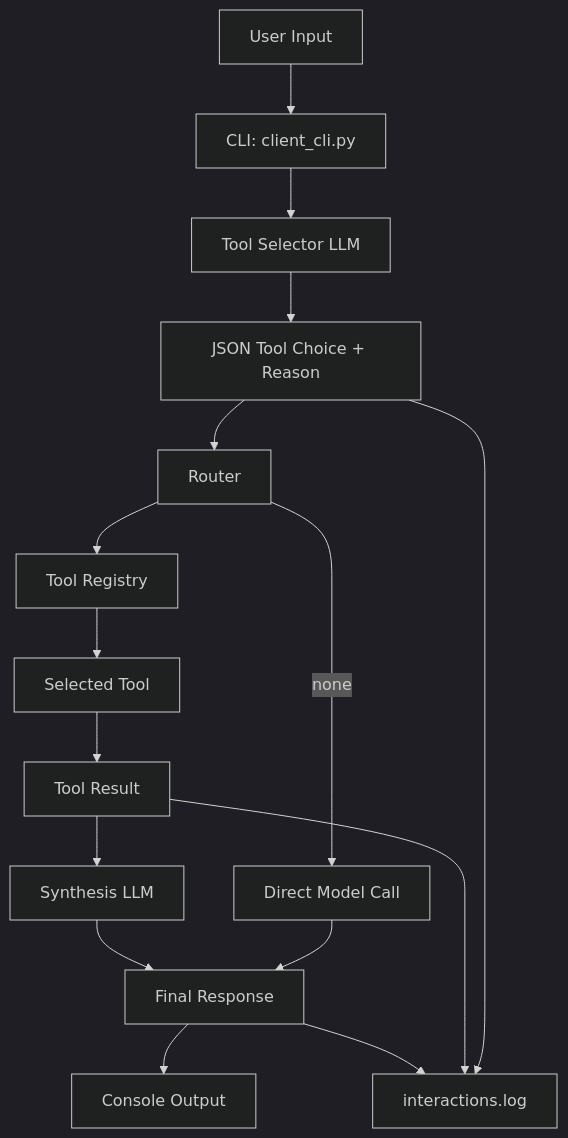
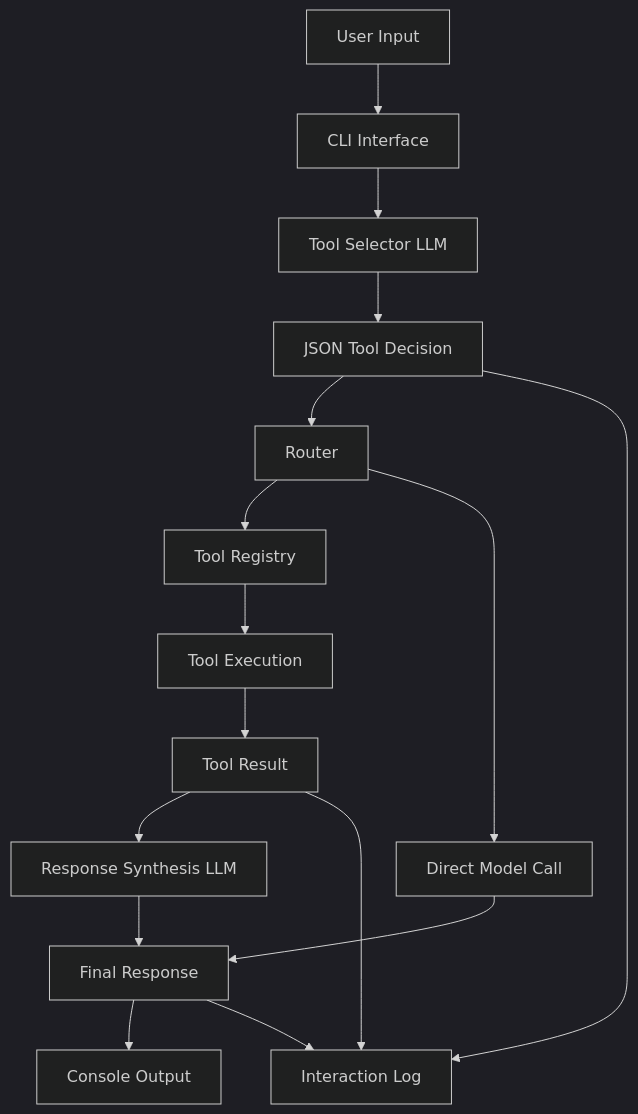
The diagram in docs/architecture.md (awsvkvims/agentic-ai-platform-engineering), drawn with Mermaid (dark theme) before and after one commit. The commit also changed other lines of this file and 3 other files, not shown here.

````diff
--- a/docs/architecture.md
+++ b/docs/architecture.md
@@ -3,18 +11,35 @@
 ``` mermaid
+
 flowchart TD
-    A[User Input] --> B[CLI: client_cli.py]
-    B --> C[Tool Selector LLM]
-    C --> D[JSON Tool Choice + Reason]
-    D --> E[Router]
-    E --> F[Tool Registry]
-    F --> G[Selected Tool]
-    G --> H[Tool Result]
-    E -->|none| I[Direct Model Call]
-    H --> J[Synthesis LLM]
-    J --> K[Final Response]
-    I --> K
-    K --> L[Console Output]
-    K --> M[interactions.log]
-    H --> M
-    D --> M
+
+UserInput["User Input"] --> CLI["CLI Interface"]
+
+CLI --> ToolSelector["Tool Selector LLM"]
+
+ToolSelector --> Decision["JSON Tool Decision"]
+
+Decision --> Router["Router"]
+
+Router --> ToolRegistry["Tool Registry"]
+
+ToolRegistry --> ToolExecution["Tool Execution"]
+
+ToolExecution --> ToolResult["Tool Result"]
+
+Router --> ModelFallback["Direct Model Call"]
+
+ToolResult --> Synthesis["Response Synthesis LLM"]
+
+Synthesis --> FinalResponse["Final Response"]
+
+ModelFallback --> FinalResponse
+
+FinalResponse --> ConsoleOutput["Console Output"]
+
+FinalResponse --> Logs["Interaction Log"]
+
+Decision --> Logs
+
+ToolResult --> Logs
+
 ```
````
